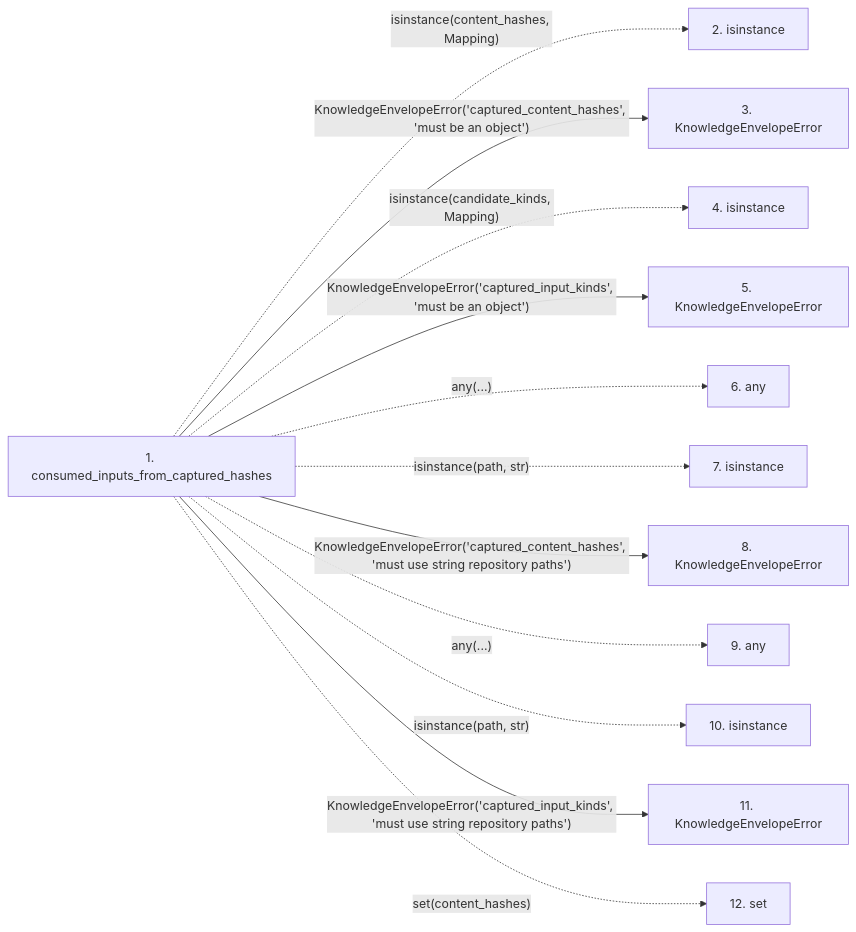
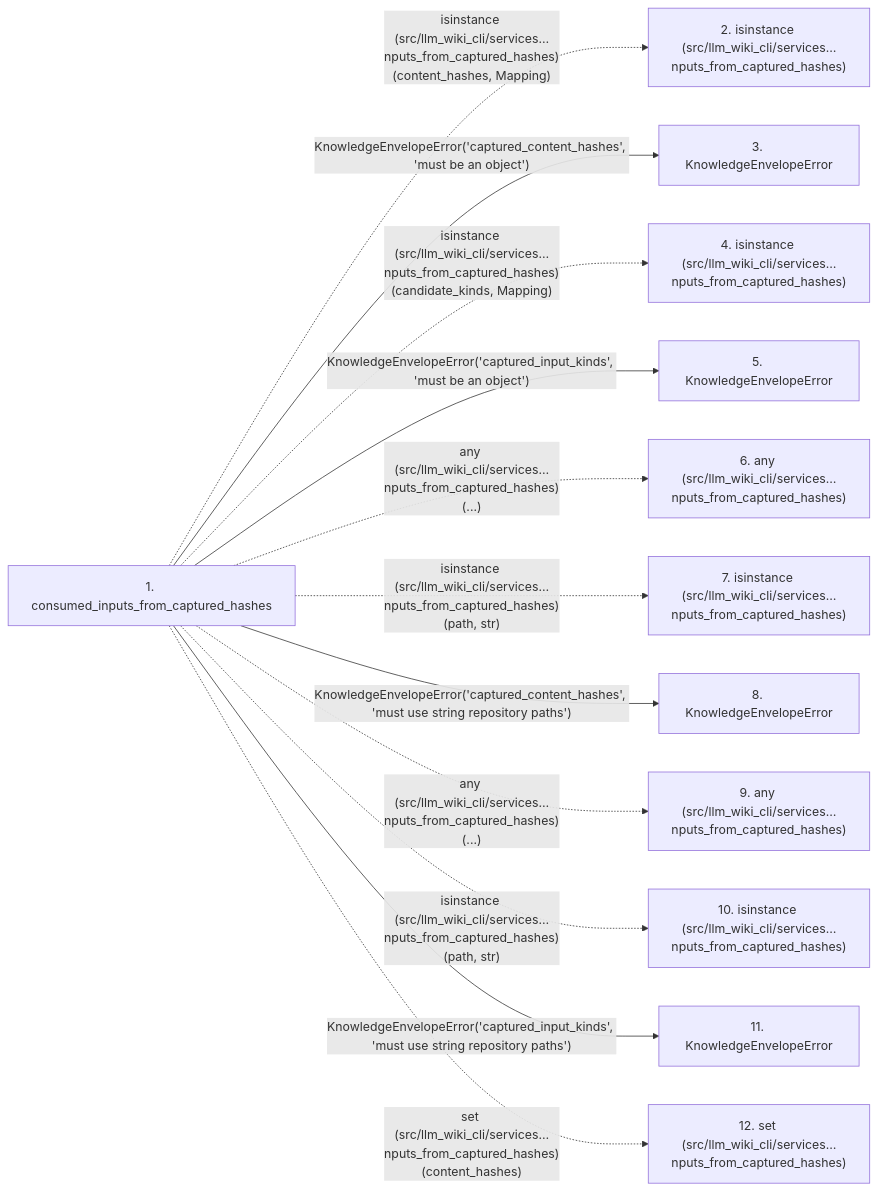
Before and after one commit to Denissvgn/python-wiki-llm: the second of 2 diagrams in docs/llm_wiki/flows/api-consumed_inputs_from_captured_hashes.md, drawn with Mermaid. The commit also changed other lines of this file and 719 other files, not shown here.

Commit message:
docs: refresh wiki while retaining archived workflow content

````diff
--- a/docs/llm_wiki/flows/api-consumed_inputs_from_captured_hashes.md
+++ b/docs/llm_wiki/flows/api-consumed_inputs_from_captured_hashes.md
@@ -65,31 +68,31 @@
 ```mermaid
 flowchart LR
     s1["1. consumed_inputs_from_captured_hashes"]
-    s2["2. isinstance"]
+    s2["2. isinstance (src/llm_wiki_cli/services…nputs_from_captured_hashes)"]
     s3["3. KnowledgeEnvelopeError"]
-    s4["4. isinstance"]
+    s4["4. isinstance (src/llm_wiki_cli/services…nputs_from_captured_hashes)"]
     s5["5. KnowledgeEnvelopeError"]
-    s6["6. any"]
-    s7["7. isinstance"]
+    s6["6. any (src/llm_wiki_cli/services…nputs_from_captured_hashes)"]
+    s7["7. isinstance (src/llm_wiki_cli/services…nputs_from_captured_hashes)"]
     s8["8. KnowledgeEnvelopeError"]
-    s9["9. any"]
-    s10["10. isinstance"]
+    s9["9. any (src/llm_wiki_cli/services…nputs_from_captured_hashes)"]
+    s10["10. isinstance (src/llm_wiki_cli/services…nputs_from_captured_hashes)"]
     s11["11. KnowledgeEnvelopeError"]
-    s12["12. set"]
-    s1 -. "isinstance(content_hashes, Mapping)" .-> s2
+    s12["12. set (src/llm_wiki_cli/services…nputs_from_captured_hashes)"]
+    s1 -. "isinstance (src/llm_wiki_cli/services…nputs_from_captured_hashes)(content_hashes, Mapping)" .-> s2
     s1 -->|"KnowledgeEnvelopeError('captured_content_hashes', 'must be an object')"| s3
-    s1 -. "isinstance(candidate_kinds, Mapping)" .-> s4
+    s1 -. "isinstance (src/llm_wiki_cli/services…nputs_from_captured_hashes)(candidate_kinds, Mapping)" .-> s4
     s1 -->|"KnowledgeEnvelopeError('captured_input_kinds', 'must be an object')"| s5
-    s1 -. "any(...)" .-> s6
-    s1 -. "isinstance(path, str)" .-> s7
+    s1 -. "any (src/llm_wiki_cli/services…nputs_from_captured_hashes)(...)" .-> s6
+    s1 -. "isinstance (src/llm_wiki_cli/services…nputs_from_captured_hashes)(path, str)" .-> s7
     s1 -->|"KnowledgeEnvelopeError('captured_content_hashes', 'must use string repository paths')"| s8
-    s1 -. "any(...)" .-> s9
-    s1 -. "isinstance(path, str)" .-> s10
+    s1 -. "any (src/llm_wiki_cli/services…nputs_from_captured_hashes)(...)" .-> s9
+    s1 -. "isinstance (src/llm_wiki_cli/services…nputs_from_captured_hashes)(path, str)" .-> s10
     s1 -->|"KnowledgeEnvelopeError('captured_input_kinds', 'must use string repository paths')"| s11
-    s1 -. "set(content_hashes)" .-> s12
+    s1 -. "set (src/llm_wiki_cli/services…nputs_from_captured_hashes)(content_hashes)" .-> s12
     click s1 "../modules/knowledge_envelope.md"
     click s3 "../modules/knowledge_envelope.md"
     click s5 "../modules/knowledge_envelope.md"
     click s8 "../modules/knowledge_envelope.md"
     click s11 "../modules/knowledge_envelope.md"
 ```
````
